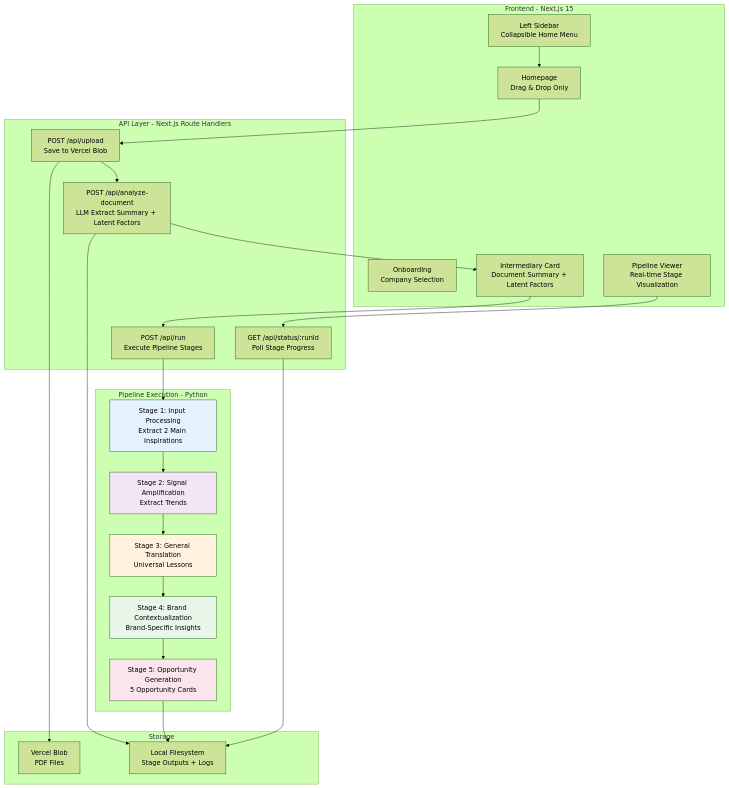
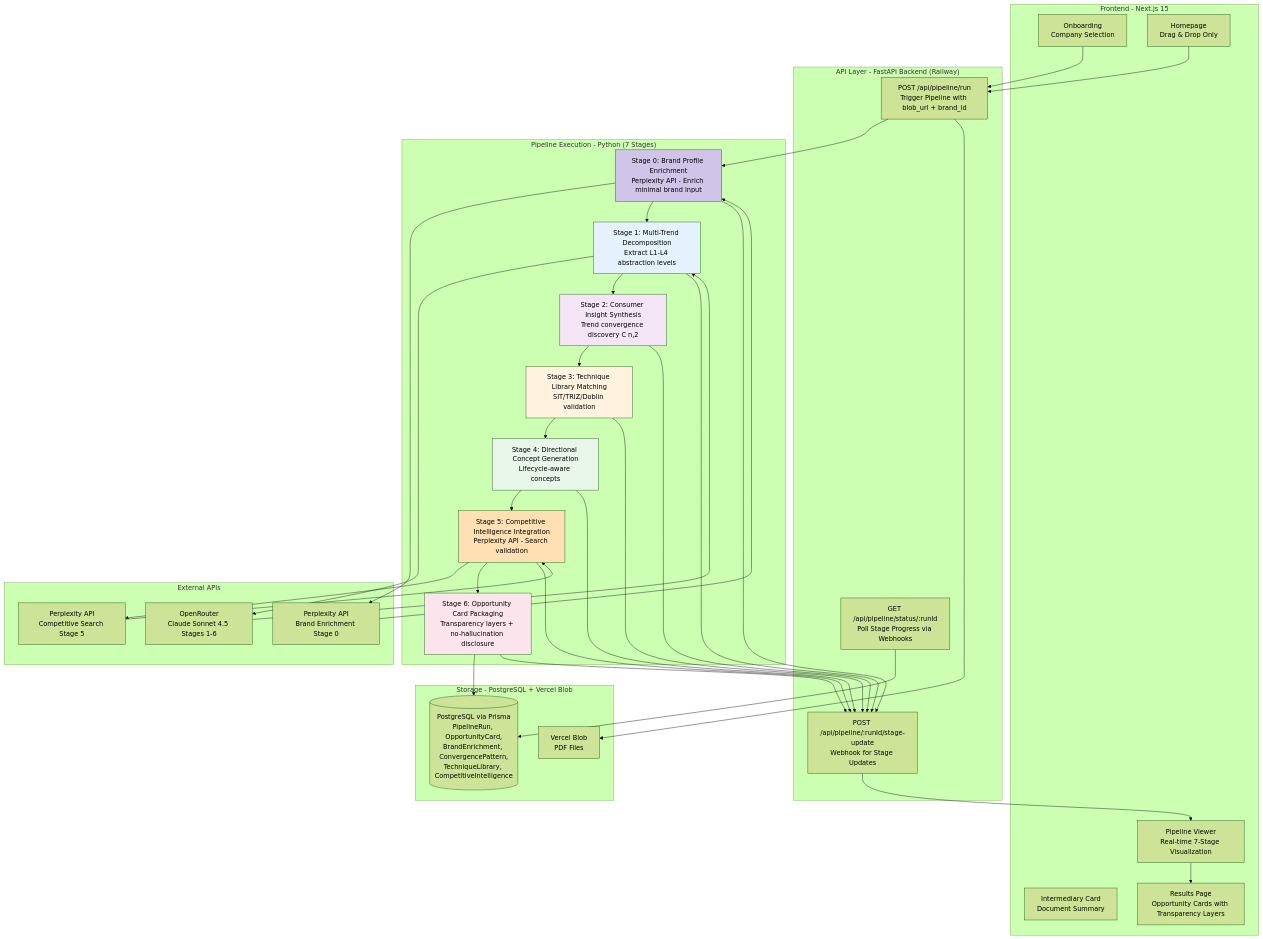
Before and after one commit to philbeliveau/innovation-intelligence-system: the diagram in docs/architecture.md, drawn with Mermaid (forest theme). The commit also changed other lines of this file and 98 other files, not shown here.

First line of the commit message:
refactor: reorganize documentation and add SIT-based pipeline architecture

````diff
--- a/docs/architecture.md
+++ b/docs/architecture.md
@@ -60,54 +66,76 @@
 ```mermaid
 graph TB
     subgraph "Frontend - Next.js 15"
         A0[Onboarding<br/>Company Selection]
         A[Homepage<br/>Drag & Drop Only]
-        A1[Intermediary Card<br/>Document Summary + Latent Factors]
-        B[Pipeline Viewer<br/>Real-time Stage Visualization]
-        C[Left Sidebar<br/>Collapsible Home Menu]
+        A1[Intermediary Card<br/>Document Summary]
+        B[Pipeline Viewer<br/>Real-time 7-Stage Visualization]
+        C[Results Page<br/>Opportunity Cards with Transparency Layers]
     end
 
-    subgraph "API Layer - Next.js Route Handlers"
-        D[POST /api/upload<br/>Save to Vercel Blob]
-        D1[POST /api/analyze-document<br/>LLM Extract Summary + Latent Factors]
-        E[POST /api/run<br/>Execute Pipeline Stages]
-        F[GET /api/status/:runId<br/>Poll Stage Progress]
+    subgraph "API Layer - FastAPI Backend (Railway)"
+        D[POST /api/pipeline/run<br/>Trigger Pipeline with blob_url + brand_id]
+        E[GET /api/pipeline/status/:runId<br/>Poll Stage Progress via Webhooks]
+        F[POST /api/pipeline/:runId/stage-update<br/>Webhook for Stage Updates]
     end
 
-    subgraph "Pipeline Execution - Python"
-        G1[Stage 1: Input Processing<br/>Extract 2 Main Inspirations]
-        G2[Stage 2: Signal Amplification<br/>Extract Trends]
-        G3[Stage 3: General Translation<br/>Universal Lessons]
-        G4[Stage 4: Brand Contextualization<br/>Brand-Specific Insights]
-        G5[Stage 5: Opportunity Generation<br/>5 Opportunity Cards]
+    subgraph "Pipeline Execution - Python (7 Stages)"
+        G0[Stage 0: Brand Profile Enrichment<br/>Perplexity API - Enrich minimal brand input]
+        G1[Stage 1: Multi-Trend Decomposition<br/>Extract L1-L4 abstraction levels]
+        G2[Stage 2: Consumer Insight Synthesis<br/>Trend convergence discovery C n,2]
+        G3[Stage 3: Technique Library Matching<br/>SIT/TRIZ/Doblin validation]
+        G4[Stage 4: Directional Concept Generation<br/>Lifecycle-aware concepts]
+        G5[Stage 5: Competitive Intelligence Integration<br/>Perplexity API - Search validation]
+        G6[Stage 6: Opportunity Card Packaging<br/>Transparency layers + no-hallucination disclosure]
     end
 
-    subgraph "Storage"
-        H[Vercel Blob<br/>PDF Files]
-        I[Local Filesystem<br/>Stage Outputs + Logs]
+    subgraph "External APIs"
+        P1[Perplexity API<br/>Brand Enrichment Stage 0]
+        P2[Perplexity API<br/>Competitive Search Stage 5]
+        LLM[OpenRouter<br/>Claude Sonnet 4.5 Stages 1-6]
     end
 
+    subgraph "Storage - PostgreSQL + Vercel Blob"
+        DB[(PostgreSQL via Prisma<br/>PipelineRun, OpportunityCard,<br/>BrandEnrichment, ConvergencePattern,<br/>TechniqueLibrary, CompetitiveIntelligence)]
+        H[Vercel Blob<br/>PDF Files]
+    end
+
+    A0 --> D
     A --> D
-    D --> D1
-    D1 --> A1
-    A1 --> E
-    B --> F
-    C --> A
-
-    D --> H
-    D1 --> I
-    E --> G1
+    D --> G0
+    G0 --> P1
+    P1 --> G0
+    G0 --> G1
+    G1 --> LLM
+    LLM --> G1
     G1 --> G2
     G2 --> G3
     G3 --> G4
     G4 --> G5
-    G5 --> I
+    G5 --> P2
+    P2 --> G5
+    G5 --> G6
+    G6 --> DB
 
-    F --> I
+    G0 --> F
+    G1 --> F
+    G2 --> F
+    G3 --> F
+    G4 --> F
+    G5 --> F
+    G6 --> F
 
+    F --> B
+    E --> DB
+    B --> C
+
+    D --> H
+
+    style G0 fill:#d1c4e9
     style G1 fill:#e3f2fd
     style G2 fill:#f3e5f5
     style G3 fill:#fff3e0
     style G4 fill:#e8f5e9
-    style G5 fill:#fce4ec
+    style G5 fill:#ffe0b2
+    style G6 fill:#fce4ec
 ```
````
